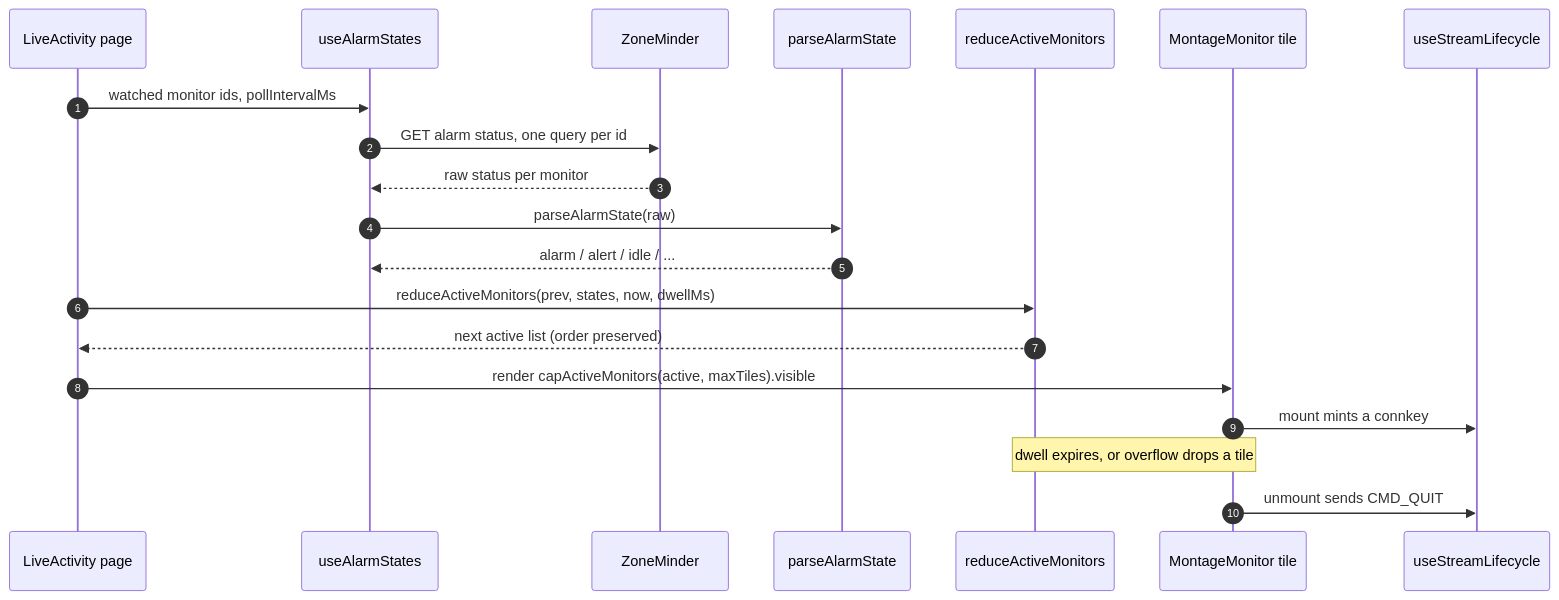
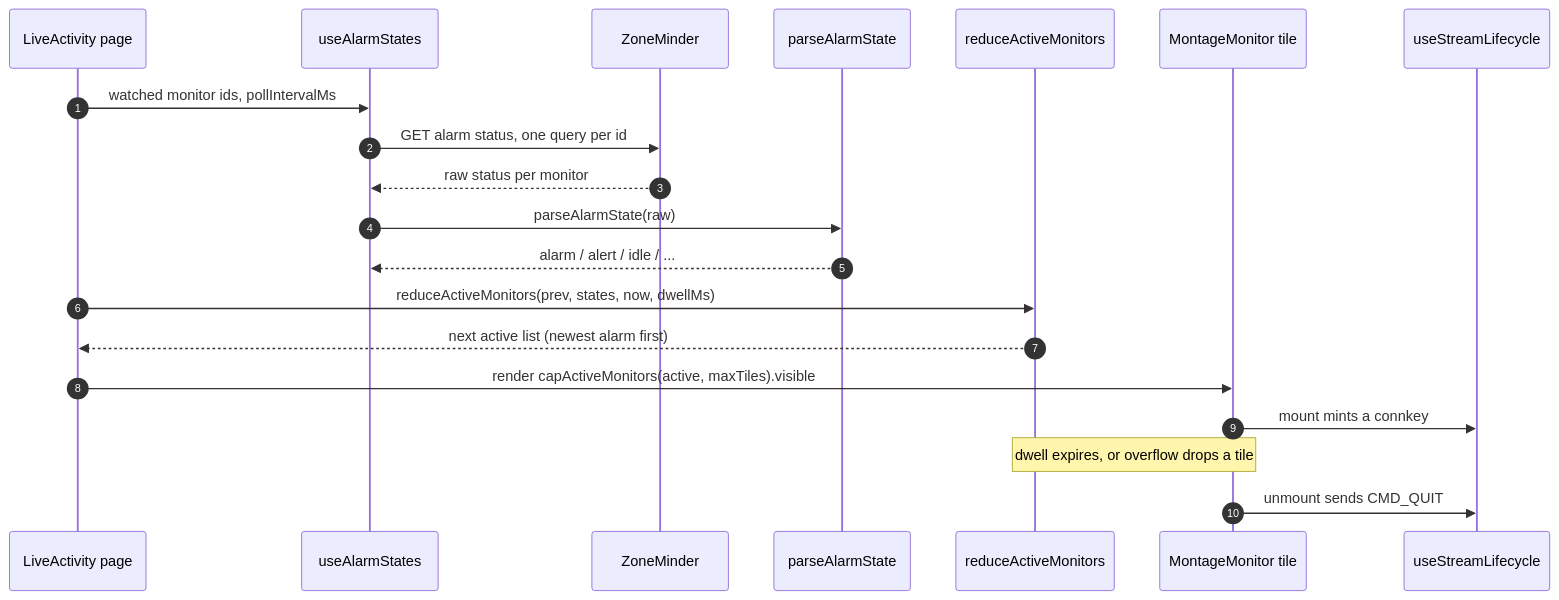
Before and after one commit to ZoneMinder/zmNinjaNG: diagram 20 of 20 in docs/developer-guide/call-flows.rst, drawn with Mermaid. The commit also changed other lines of this file and 4 other files, not shown here.

```diff
--- a/docs/developer-guide/call-flows.rst
+++ b/docs/developer-guide/call-flows.rst
@@ -2497,23 +2497,23 @@
 .. mermaid::
 
    sequenceDiagram
        autonumber
        participant Page as LiveActivity page
        participant Hook as useAlarmStates
        participant ZM as ZoneMinder
        participant Parse as parseAlarmState
        participant Reduce as reduceActiveMonitors
        participant Tile as MontageMonitor tile
        participant Life as useStreamLifecycle
 
        Page->>Hook: watched monitor ids, pollIntervalMs
        Hook->>ZM: GET alarm status, one query per id
        ZM-->>Hook: raw status per monitor
        Hook->>Parse: parseAlarmState(raw)
        Parse-->>Hook: alarm / alert / idle / ...
        Page->>Reduce: reduceActiveMonitors(prev, states, now, dwellMs)
-       Reduce-->>Page: next active list (order preserved)
+       Reduce-->>Page: next active list (newest alarm first)
        Page->>Tile: render capActiveMonitors(active, maxTiles).visible
        Tile->>Life: mount mints a connkey
        Note over Reduce,Tile: dwell expires, or overflow drops a tile
        Tile->>Life: unmount sends CMD_QUIT
```
